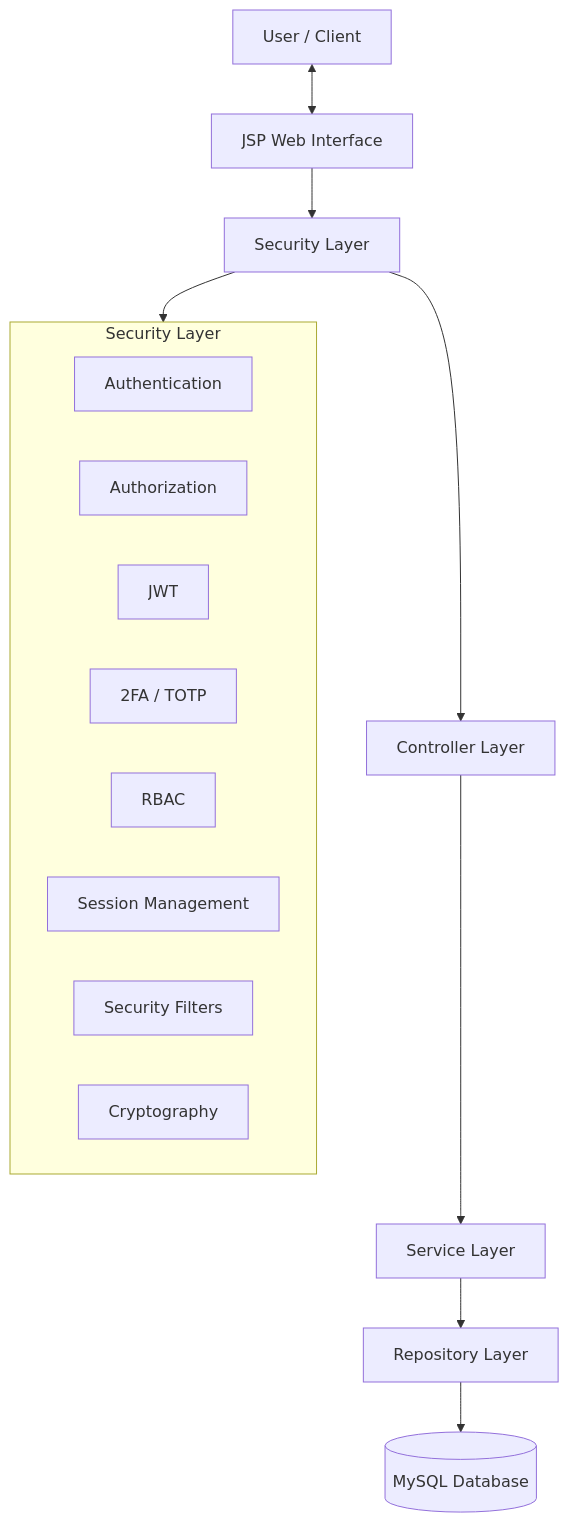
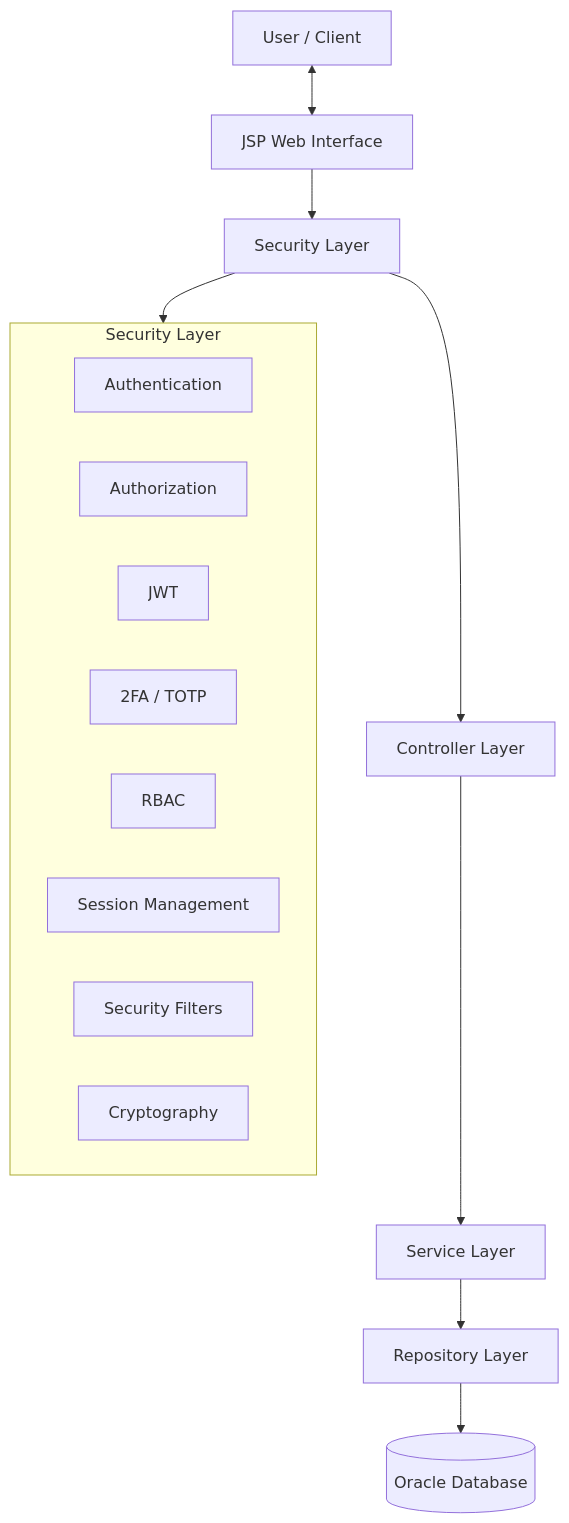
Before and after one commit to MotionPrograming/AuthorizationManagementSystem: diagram 15 of 29 in README.md, drawn with Mermaid. The commit also changed other lines of this file, not shown here.

````diff
--- a/README.md
+++ b/README.md
@@ -577,36 +577,36 @@
 ```mermaid
 flowchart TB
     CLIENT["User / Client"]
     
     UI["JSP Web Interface"]
     
     SECURITY["Security Layer"]
     
     CONTROLLER["Controller Layer"]
     
     SERVICE["Service Layer"]
     
     REPOSITORY["Repository Layer"]
     
-    DATABASE[("MySQL Database")]
+    DATABASE[("Oracle Database")]
     
     CLIENT <--> UI
     UI --> SECURITY
     SECURITY --> CONTROLLER
     CONTROLLER --> SERVICE
     SERVICE --> REPOSITORY
     REPOSITORY --> DATABASE
     
     subgraph SECURITY_MODULE["Security Layer"]
         AUTH["Authentication"]
         AUTHZ["Authorization"]
         JWT_SEC["JWT"]
         TOTP_SEC["2FA / TOTP"]
         RBAC_SEC["RBAC"]
         SESSION_SEC["Session Management"]
         FILTER["Security Filters"]
         CRYPTO["Cryptography"]
     end
     
     SECURITY --> SECURITY_MODULE
 ```
````
